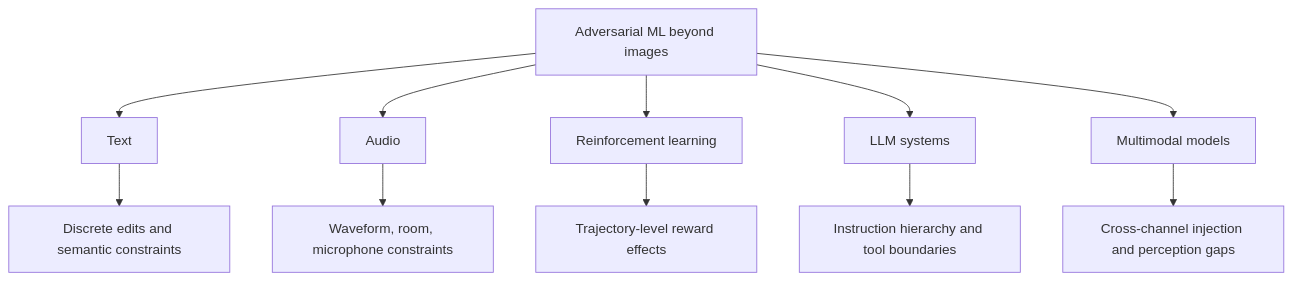
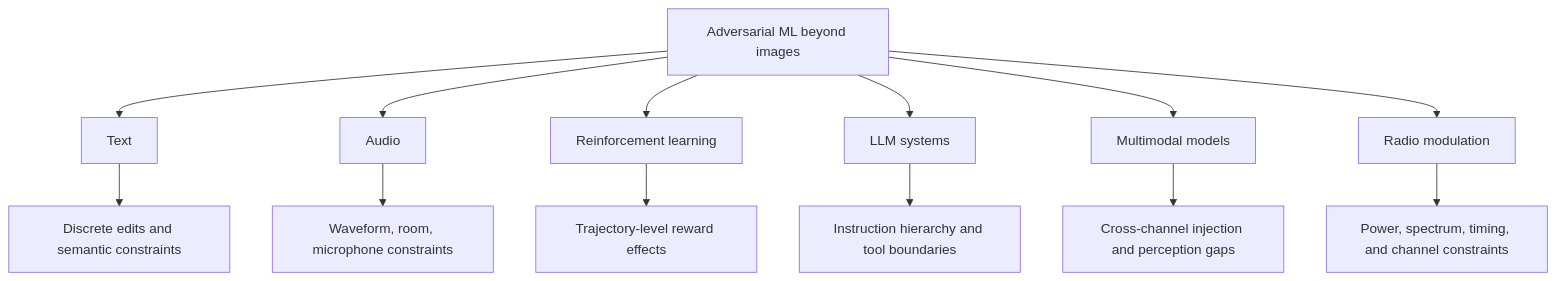
Before and after one commit to justinbrianhwang/SJ-wiki: the diagram in docs/cs/adversarial-attacks/attacks-on-llms-and-other-modalities.md, drawn with Mermaid. The commit also changed other lines of this file and 89 other files, not shown here.

````diff
--- a/docs/cs/adversarial-attacks/attacks-on-llms-and-other-modalities.md
+++ b/docs/cs/adversarial-attacks/attacks-on-llms-and-other-modalities.md
@@ -62,13 +190,15 @@
 ```mermaid
 flowchart TD
   A[Adversarial ML beyond images] --> B[Text]
   A --> C[Audio]
   A --> D[Reinforcement learning]
   A --> E[LLM systems]
   A --> F[Multimodal models]
+  A --> R[Radio modulation]
   B --> G[Discrete edits and semantic constraints]
   C --> H["Waveform, room, microphone constraints"]
   D --> I[Trajectory-level reward effects]
   E --> J[Instruction hierarchy and tool boundaries]
   F --> K[Cross-channel injection and perception gaps]
+  R --> L["Power, spectrum, timing, and channel constraints"]
 ```
````
